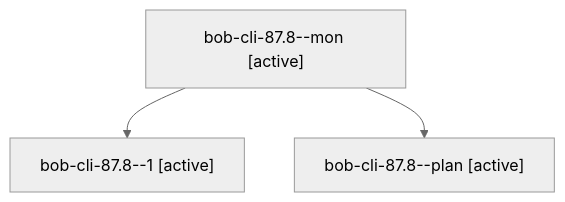
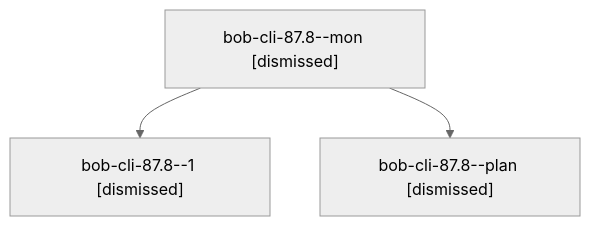
The diagram in sessions/bbugyi200.athena.bob-cli-87.8.md (bobs-org/bob-cli--agents), drawn with Mermaid (neutral theme) before and after one commit. The commit also changed other lines of this file and 210 other files, not shown here.

````diff
--- a/sessions/bbugyi200.athena.bob-cli-87.8.md
+++ b/sessions/bbugyi200.athena.bob-cli-87.8.md
@@ -9,8 +9,8 @@
 ```mermaid
 flowchart TD
-  n0["bob-cli-87.8--mon [active]"]
-  n1["bob-cli-87.8--1 [active]"]
+  n0["bob-cli-87.8--mon [dismissed]"]
+  n1["bob-cli-87.8--1 [dismissed]"]
   n0 --> n1
-  n2["bob-cli-87.8--plan [active]"]
+  n2["bob-cli-87.8--plan [dismissed]"]
   n0 --> n2
 ```
````
